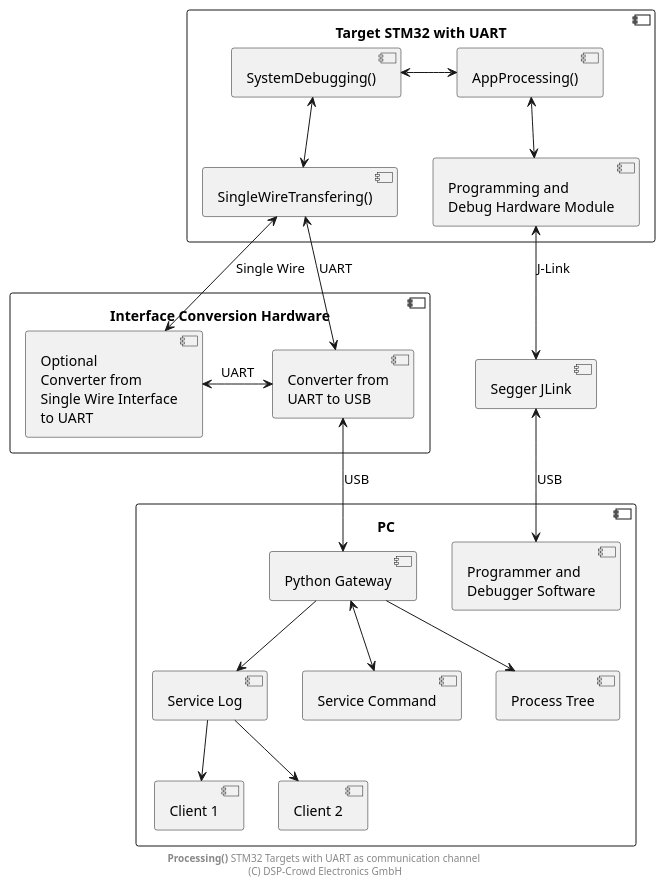
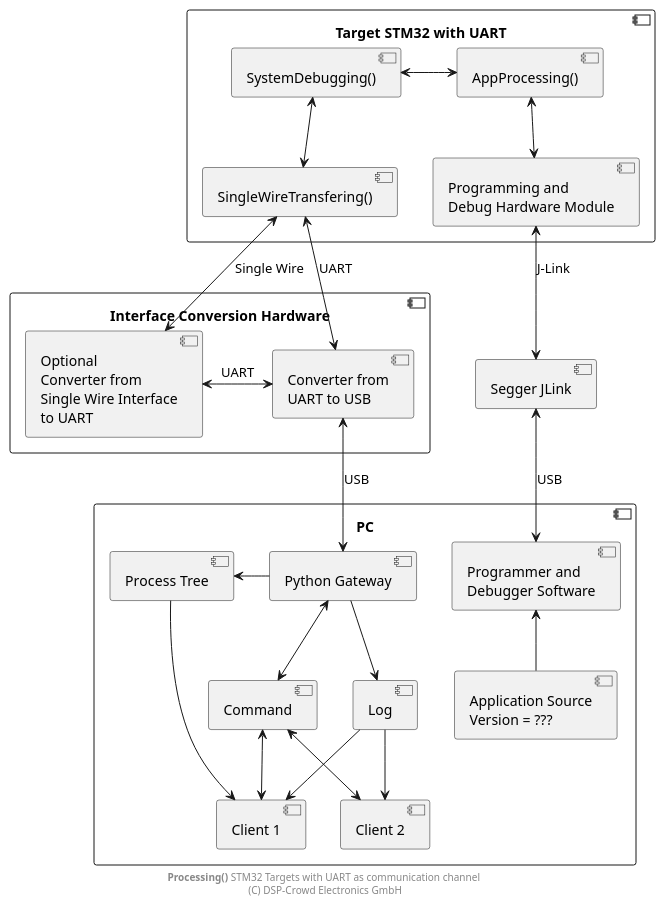
Before and after one commit to NoOrientationProgramming/ProcessingTutorials: the diagram in doc/system/stm32-uart.pu, drawn with PlantUML. The commit also changed other lines of this file and 2 other files, not shown here.

```diff
--- a/doc/system/stm32-uart.pu
+++ b/doc/system/stm32-uart.pu
@@ -3,59 +2,64 @@
 @startuml
 
 ' skinparam linetype ortho
 
 component PC as pc {
   component "Python Gateway" as gw
   
-  component "Service Log" as log
-  component "Service Command" as cmd
+  component "Log" as log
+  component "Command" as cmd
   component "Process Tree" as tree
   
   component "Client 1" as clt1
   component "Client 2" as clt2
   
   component "Programmer and\nDebugger Software" as dbgPc
+  component "Application Source\nVersion = ???" as src
 }
 
 component "Interface Conversion Hardware" as cnvt {
   component "Optional\nConverter from\nSingle Wire Interface\nto UART" as cnvt1
   component "Converter from\nUART to USB" as cnvt2
 }
 
 component "Segger JLink" as seg
 
 component "Target STM32 with UART" as trg {
   component "SystemDebugging()" as dbg
   component "SingleWireTransfering()" as swt
   component "Programming and\nDebug Hardware Module" as segInt
   component "AppProcessing()" as app
 }
 
 dbg <--> swt
 dbg <-> app
 app <--> segInt
 
 gw -[hidden]r- dbgPc
 
 swt -[hidden]r- segInt
 
 swt <--> cnvt1 : Single Wire
 swt <--> cnvt2 : UART
 
 cnvt1 <-> cnvt2 : UART
 cnvt2 <--> gw : USB
 
 segInt <--> seg : J-Link
 
 seg <--> dbgPc : USB
+dbgPc <-- src
 
 gw --> log
 gw <--> cmd
-gw --> tree
+tree <- gw
 
+tree --> clt1
 log --> clt1
 log --> clt2
+cmd <--> clt1
+cmd <--> clt2
 
 footer **Processing()** STM32 Targets with UART as communication channel \n(C) DSP-Crowd Electronics GmbH
 
 @enduml
```
